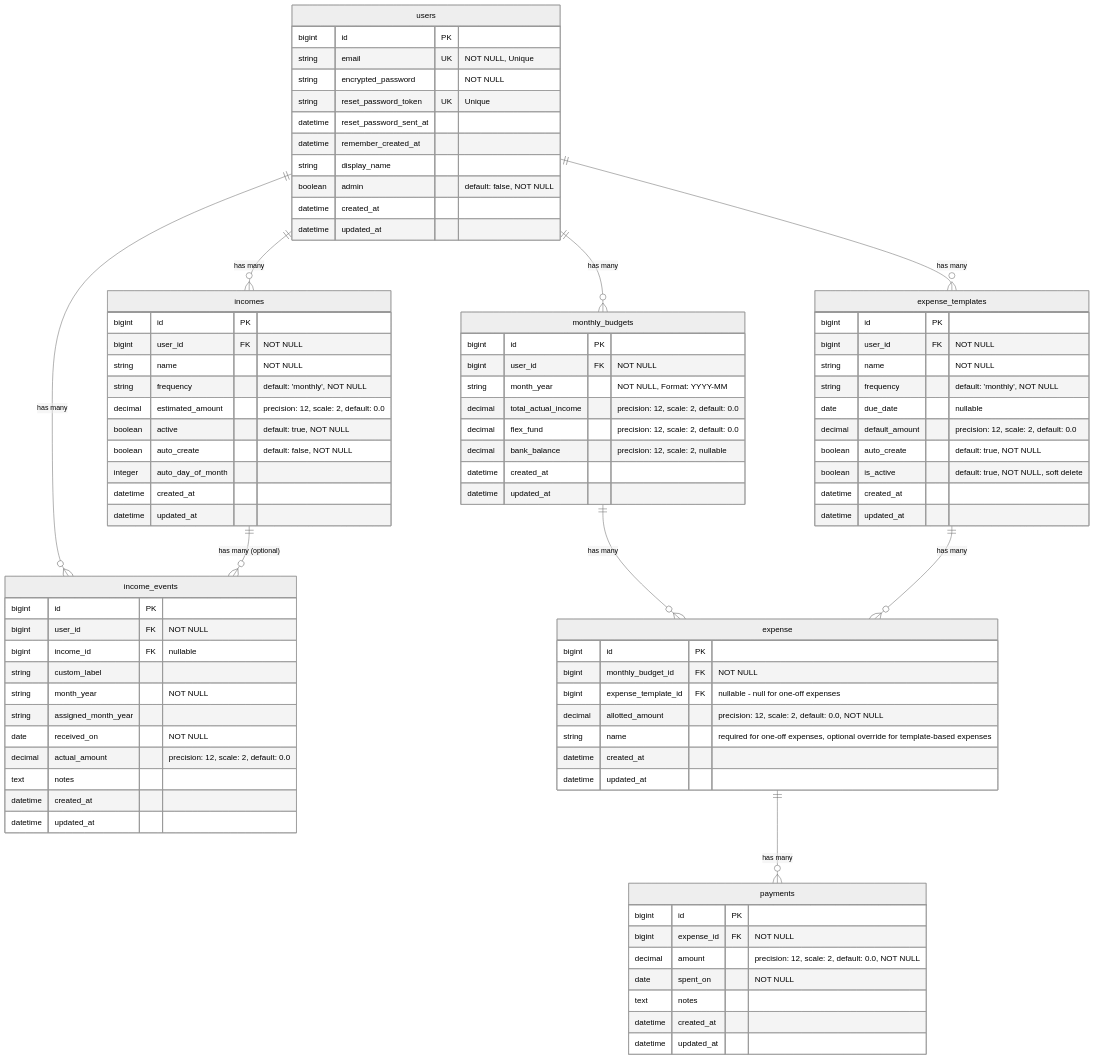
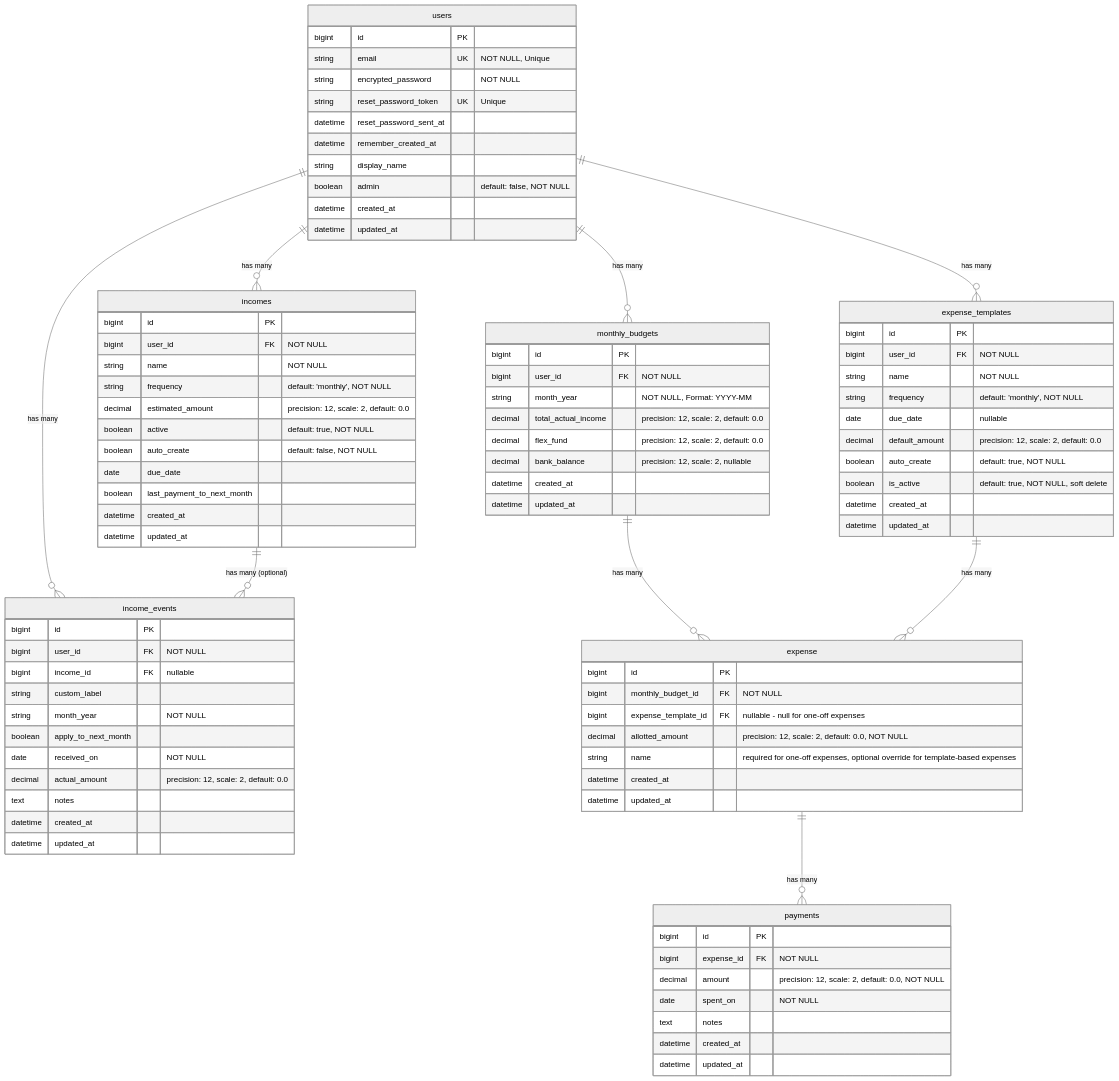
Before and after one commit to hedleydonna/coincritters: the diagram in docs/other/er_diagram.md, drawn with Mermaid (neutral theme). The commit also changed 46 other files, not shown here.

```diff
--- a/docs/other/er_diagram.md
+++ b/docs/other/er_diagram.md
@@ -27,7 +27,8 @@
         decimal estimated_amount "precision: 12, scale: 2, default: 0.0"
         boolean active "default: true, NOT NULL"
         boolean auto_create "default: false, NOT NULL"
-        integer auto_day_of_month
+        date due_date
+        boolean last_payment_to_next_month
         datetime created_at
         datetime updated_at
     }
@@ -38,7 +39,7 @@
         bigint income_id FK "nullable"
         string custom_label
         string month_year "NOT NULL"
-        string assigned_month_year
+        boolean apply_to_next_month
         date received_on "NOT NULL"
         decimal actual_amount "precision: 12, scale: 2, default: 0.0"
         text notes
```
